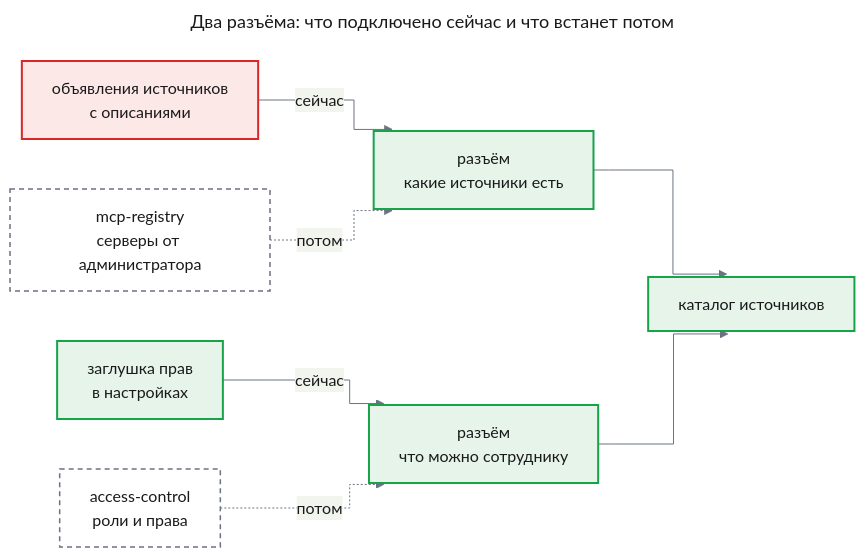
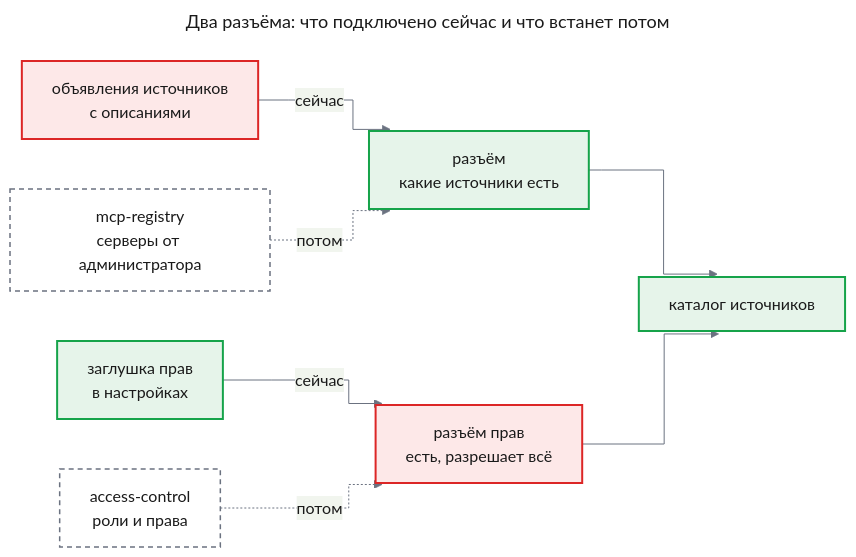
One commit to tundraray/agent-os changed the second of 7 diagrams in docs/features/source-planning/prd.md. Above: the diagram before and after it, drawn with Mermaid. The commit also changed other lines of this file, not shown here.

````diff
--- a/docs/features/source-planning/prd.md
+++ b/docs/features/source-planning/prd.md
@@ -113,35 +129,35 @@
 ```mermaid
 ---
 title: "Два разъёма: что подключено сейчас и что встанет потом"
 config:
   theme: base
   look: classic
   themeVariables:
     primaryColor: "#eef1f5"
     primaryBorderColor: "#4b5563"
     primaryTextColor: "#1a1a1a"
     lineColor: "#6b7280"
   flowchart:
     curve: step
 ---
 flowchart LR
     decl["объявления источников<br/>с описаниями"]
     stub["заглушка прав<br/>в настройках"]
     reg["mcp-registry<br/>серверы от администратора"]
     acl["access-control<br/>роли и права"]
     p1["разъём<br/>какие источники есть"]
-    p2["разъём<br/>что можно сотруднику"]
+    p2["разъём прав<br/>есть, разрешает всё"]
     cat["каталог источников"]
     decl -->|"сейчас"| p1
     reg -.->|"потом"| p1
     stub -->|"сейчас"| p2
     acl -.->|"потом"| p2
     p1 --> cat
     p2 --> cat
     classDef changed fill:#fde8e8,stroke:#dc2626,stroke-width:2px,color:#1a1a1a
     classDef new fill:#e6f4ea,stroke:#16a34a,stroke-width:2px,color:#1a1a1a
     classDef future fill:#ffffff,stroke:#6b7280,stroke-width:1.5px,stroke-dasharray:5 4,color:#1a1a1a
-    class decl changed
-    class stub,p1,p2,cat new
+    class decl,p2 changed
+    class stub,p1,cat new
     class reg,acl future
 ```
````
